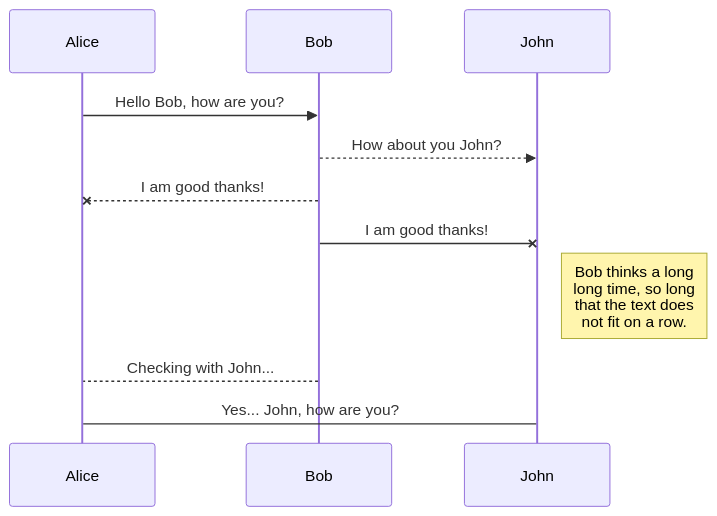
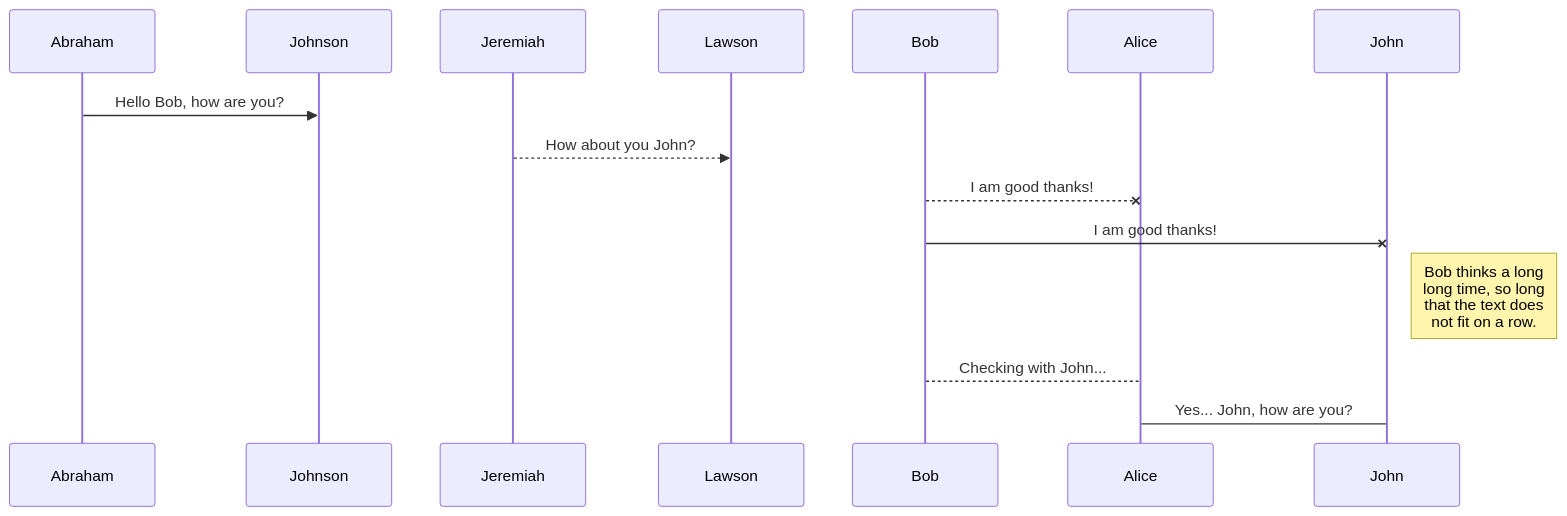
Before and after one commit to drshahizan/learn-github: the first of 2 diagrams in exercise/AbrahamLanre/exer2.md, drawn with Mermaid.

Commit message:
Update latest exer2.md

````diff
--- a/exercise/AbrahamLanre/exer2.md
+++ b/exercise/AbrahamLanre/exer2.md
@@ -6,11 +6,11 @@
 ```mermaid
 sequenceDiagram
-Alice ->> Bob: Hello Bob, how are you?
-Bob-->>John: How about you John?
+Abraham ->> Johnson: Hello Bob, how are you?
+Jeremiah-->> Lawson: How about you John?
 Bob--x Alice: I am good thanks!
 Bob-x John: I am good thanks!
 Note right of John: Bob thinks a long<br/>long time, so long<br/>that the text does<br/>not fit on a row.
 
 Bob-->Alice: Checking with John...
 Alice->John: Yes... John, how are you?
 ```
````
